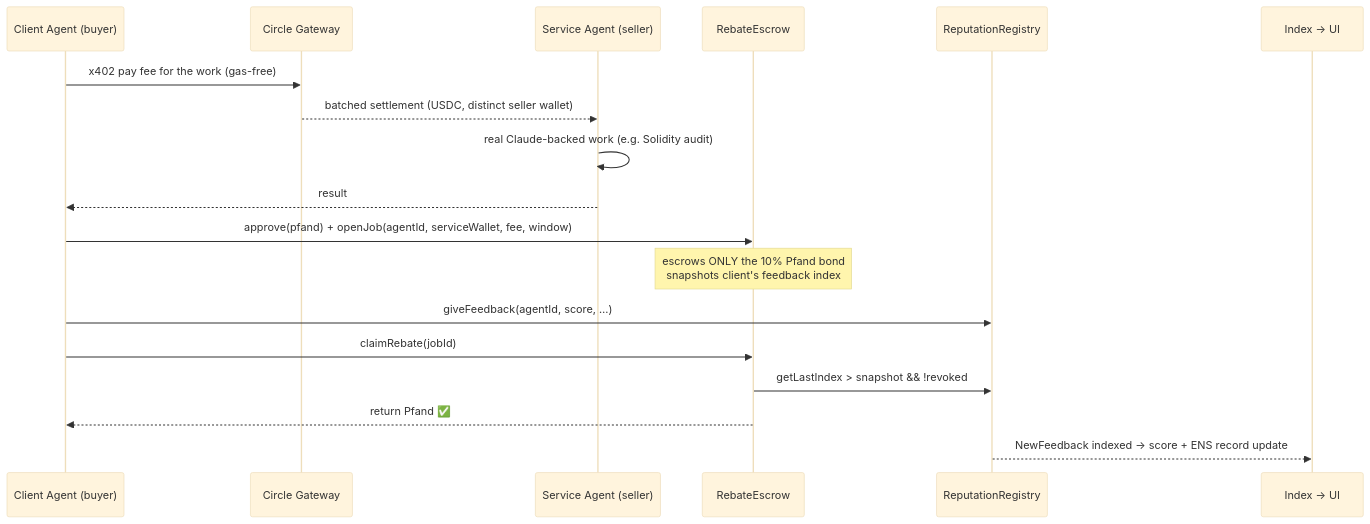
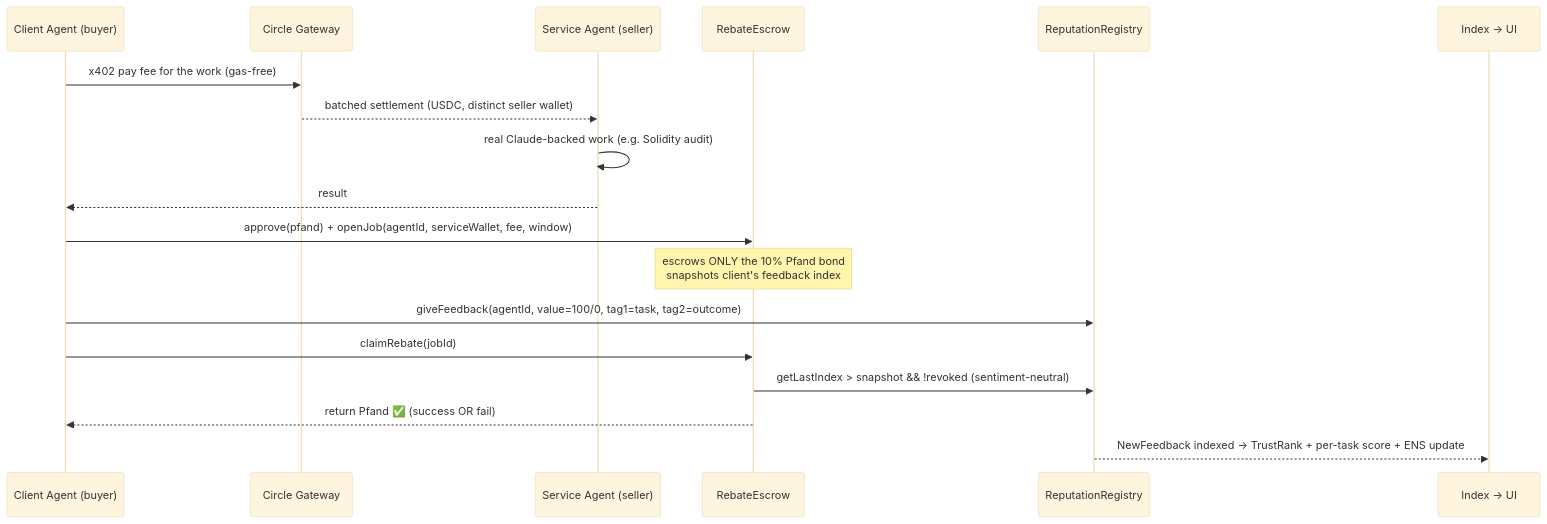
One commit to lukaske/pfand changed the third of 3 diagrams in docs/architecture.md. Above: the diagram before and after it, drawn with Mermaid (base theme). The commit also changed other lines of this file and 42 other files, not shown here.

First line of the commit message:
Add TrustRank (EigenTrust) scoring, /network bubble viz, Broker8004, rating loop

````diff
--- a/docs/architecture.md
+++ b/docs/architecture.md
@@ -111,21 +169,21 @@
 ```mermaid
 sequenceDiagram
     participant C as Client Agent (buyer)
     participant G as Circle Gateway
     participant S as Service Agent (seller)
     participant E as RebateEscrow
     participant R as ReputationRegistry
     participant I as Index → UI
 
     C->>G: x402 pay fee for the work (gas-free)
     G-->>S: batched settlement (USDC, distinct seller wallet)
     S->>S: real Claude-backed work (e.g. Solidity audit)
     S-->>C: result
     C->>E: approve(pfand) + openJob(agentId, serviceWallet, fee, window)
     Note over E: escrows ONLY the 10% Pfand bond<br/>snapshots client's feedback index
-    C->>R: giveFeedback(agentId, score, …)
+    C->>R: giveFeedback(agentId, value=100/0, tag1=task, tag2=outcome)
     C->>E: claimRebate(jobId)
-    E->>R: getLastIndex > snapshot && !revoked
-    E-->>C: return Pfand ✅
-    R-->>I: NewFeedback indexed → score + ENS record update
+    E->>R: getLastIndex > snapshot && !revoked (sentiment-neutral)
+    E-->>C: return Pfand ✅ (success OR fail)
+    R-->>I: NewFeedback indexed → TrustRank + per-task score + ENS update
 ```
````
